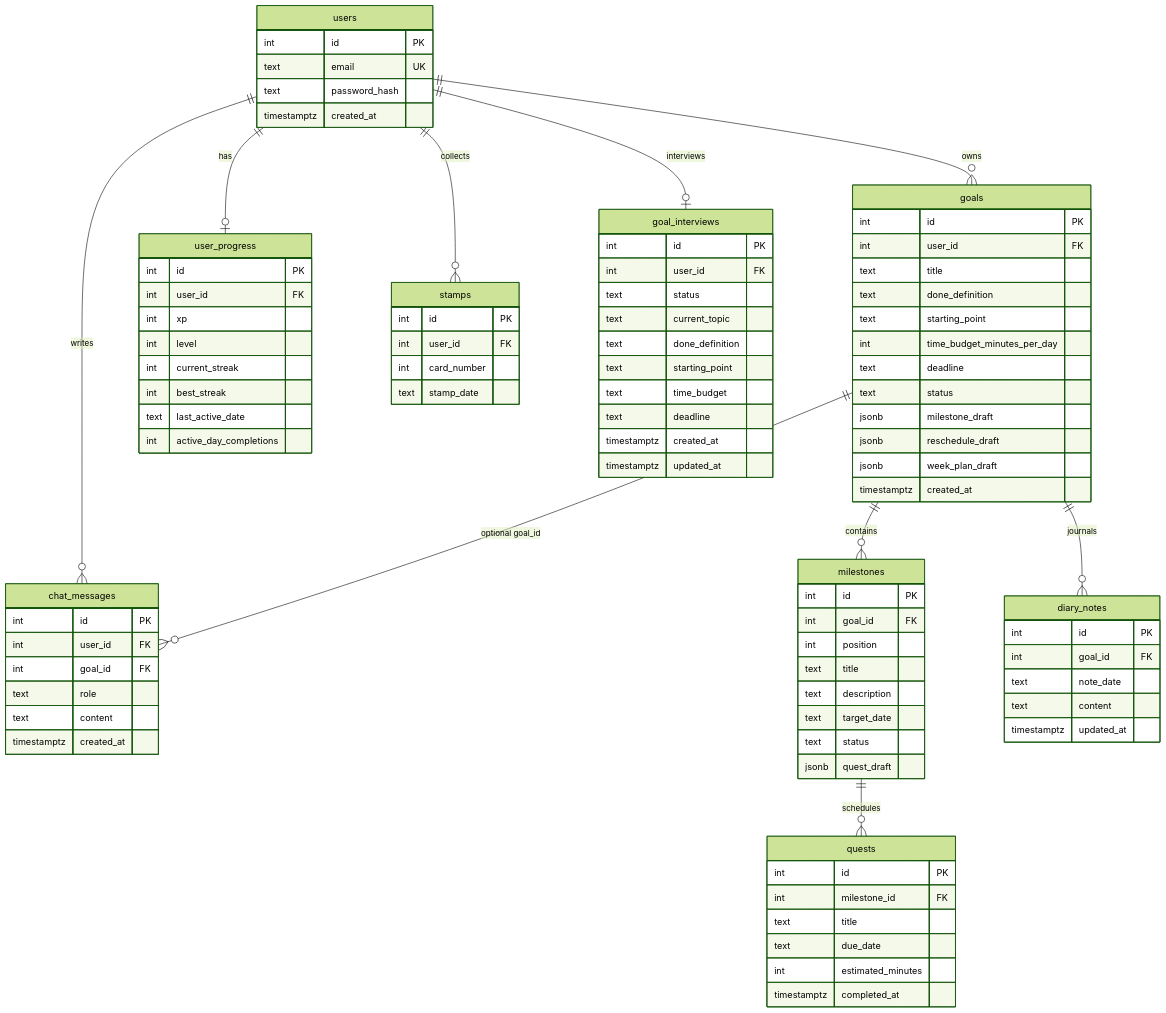
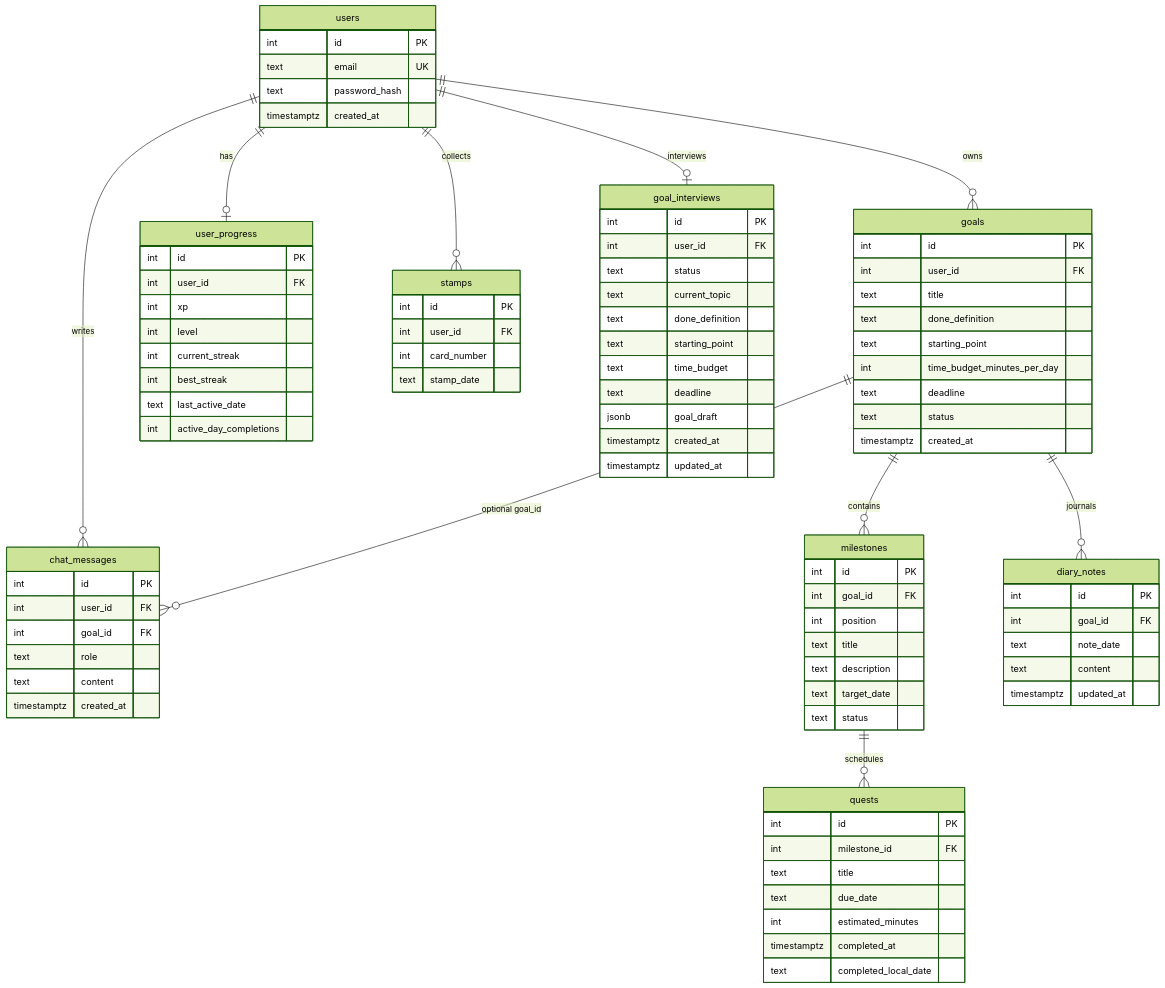
The third of 3 diagrams in docs/architecture.md (Yang-Zhang1994/Questline), drawn with Mermaid (forest theme) before and after one commit. The commit also changed other lines of this file and 5 other files, not shown here.

Commit message:
docs(docs): update README, architecture/schema, contribution log, and retros

```diff
--- a/docs/architecture.md
+++ b/docs/architecture.md
@@ -99,9 +102,6 @@
     int time_budget_minutes_per_day
     text deadline
     text status
-    jsonb milestone_draft
-    jsonb reschedule_draft
-    jsonb week_plan_draft
     timestamptz created_at
   }
 
@@ -113,7 +113,6 @@
     text description
     text target_date
     text status
-    jsonb quest_draft
   }
 
   quests {
@@ -123,6 +122,7 @@
     text due_date
     int estimated_minutes
     timestamptz completed_at
+    text completed_local_date
   }
 
   user_progress {
@@ -161,6 +161,7 @@
     text starting_point
     text time_budget
     text deadline
+    jsonb goal_draft
     timestamptz created_at
     timestamptz updated_at
   }
```
